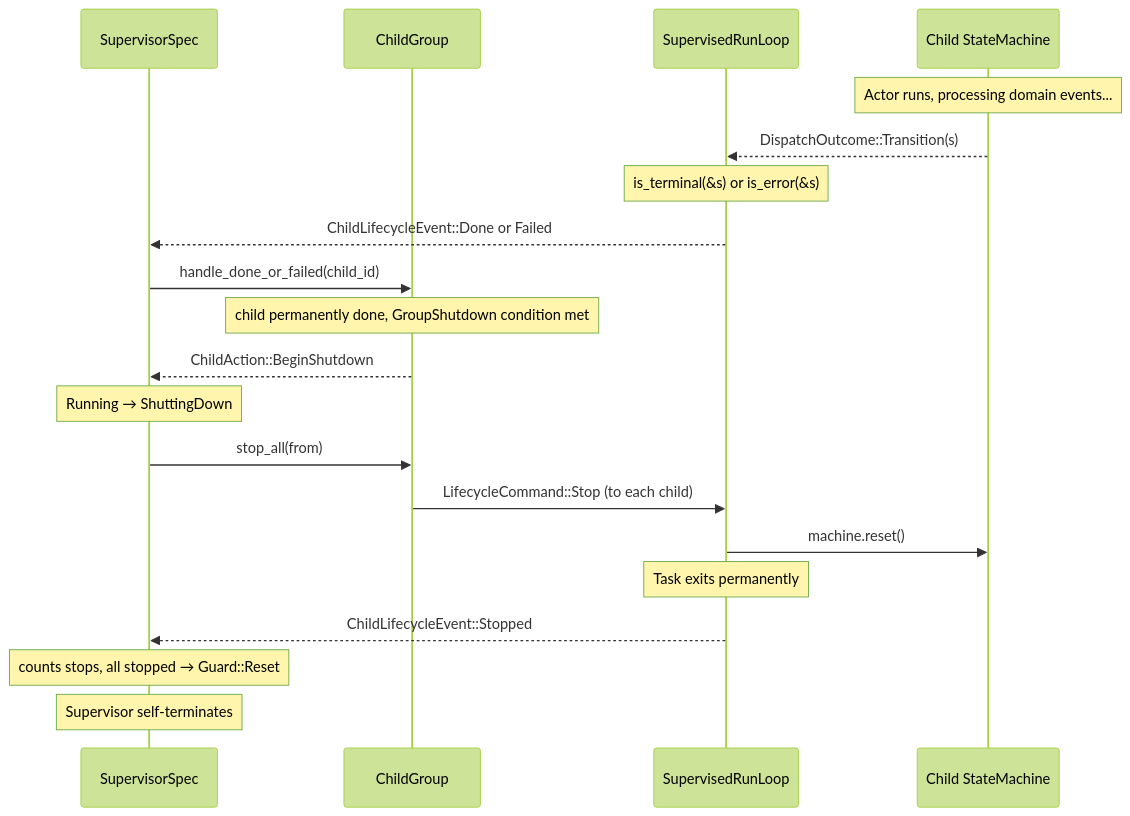
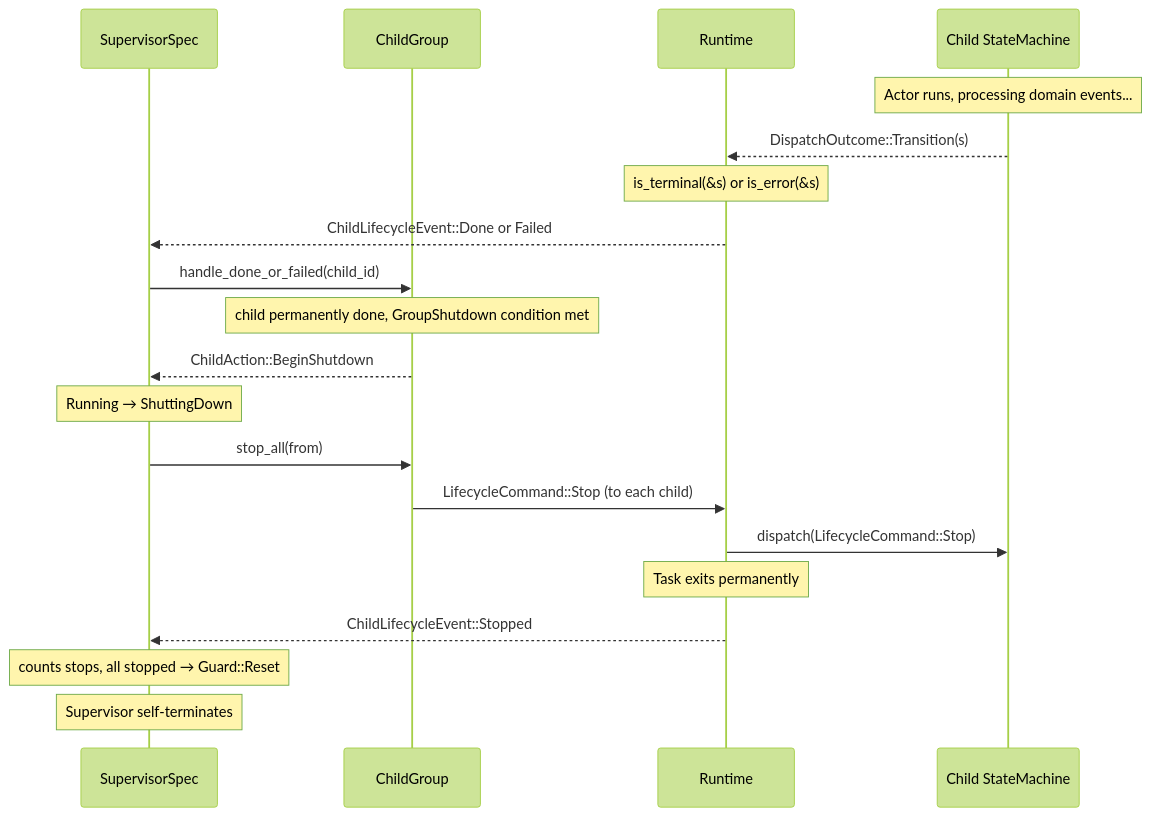
Before and after one commit to bloxide-com/bloxide: the third of 3 diagrams in spec/architecture/08-supervision.md, drawn with Mermaid (forest theme). The commit also changed other lines of this file and 123 other files, not shown here.

Commit message:
docs: update architecture docs, add blox.toml configs, and generated code scaffolding

````diff
--- a/spec/architecture/08-supervision.md
+++ b/spec/architecture/08-supervision.md
@@ -392,24 +392,24 @@
 ```mermaid
 sequenceDiagram
     participant Sup as SupervisorSpec
     participant CG as ChildGroup
-    participant RT as SupervisedRunLoop
+    participant RT as Runtime
     participant M as Child StateMachine
 
     Note over M: Actor runs, processing domain events...
 
     M-->>RT: DispatchOutcome::Transition(s)
     Note over RT: is_terminal(&s) or is_error(&s)
     RT-->>Sup: ChildLifecycleEvent::Done or Failed
     Sup->>CG: handle_done_or_failed(child_id)
     Note over CG: child permanently done, GroupShutdown condition met
     CG-->>Sup: ChildAction::BeginShutdown
     Note over Sup: Running → ShuttingDown
     Sup->>CG: stop_all(from)
     CG->>RT: LifecycleCommand::Stop (to each child)
-    RT->>M: machine.reset()
+    RT->>M: dispatch(LifecycleCommand::Stop)
     Note over RT: Task exits permanently
     RT-->>Sup: ChildLifecycleEvent::Stopped
     Note over Sup: counts stops, all stopped → Guard::Reset
     Note over Sup: Supervisor self-terminates
 ```
````
